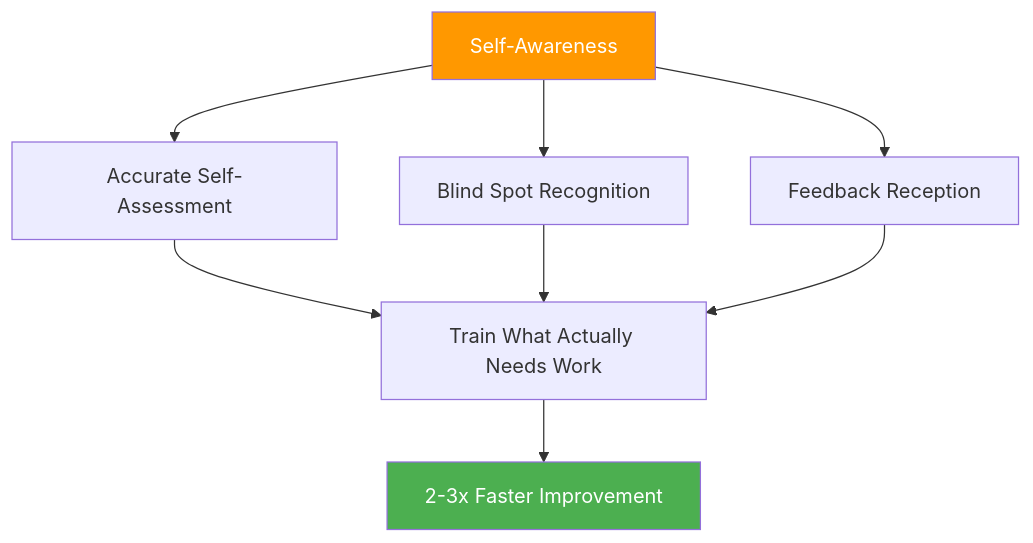
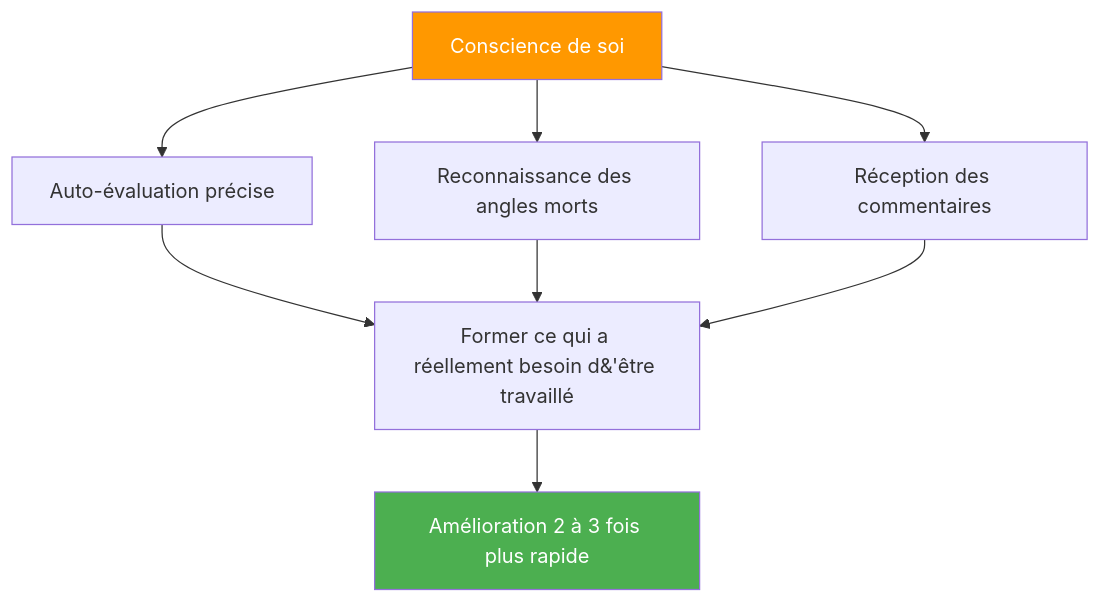
The diagram in docs/fr/education/self-awareness/index.md (patwii/petanque-academy), drawn with Mermaid before and after one commit. The commit also changed other lines of this file and 550 other files, not shown here.

````diff
--- a/docs/fr/education/self-awareness/index.md
+++ b/docs/fr/education/self-awareness/index.md
@@ -20,15 +20,15 @@
 ```mermaid
 flowchart TD
-    A[Self-Awareness] --> B[Accurate Self-Assessment]
-    A --> C[Blind Spot Recognition]
-    A --> D[Feedback Reception]
+    A[Conscience de soi] --> B[Auto-évaluation précise]
+    A --> C[Reconnaissance des angles morts]
+    A --> D[Réception des commentaires]
 
-    B --> E[Train What Actually Needs Work]
+    B --> E[Former ce qui a réellement besoin d&#39;être travaillé]
     C --> E
     D --> E
 
-    E --> F[2-3x Faster Improvement]
+    E --> F[Amélioration 2 à 3 fois plus rapide]
 
     style A fill:#FF9800,color:#fff
     style F fill:#4CAF50,color:#fff
 ```
````
